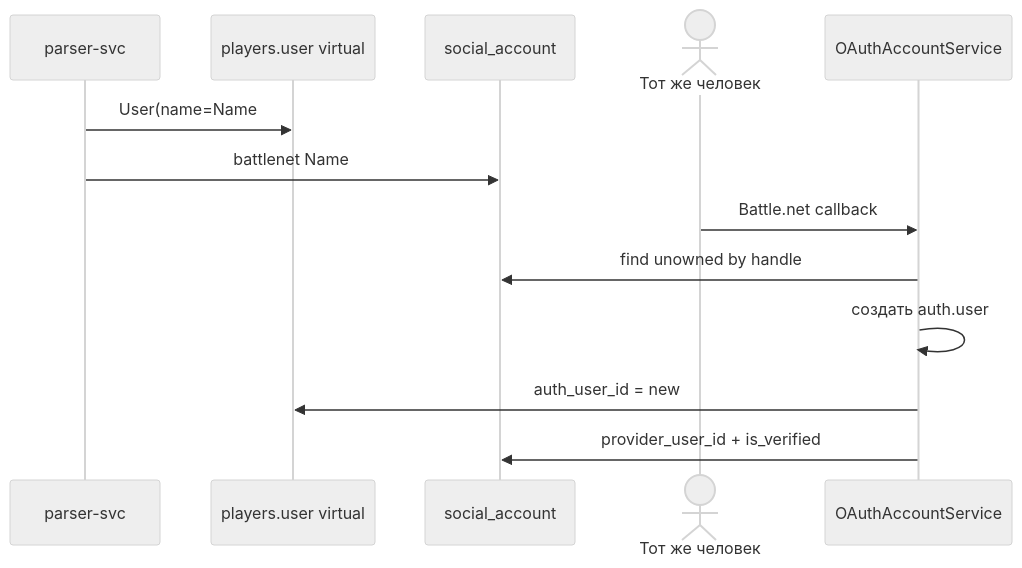
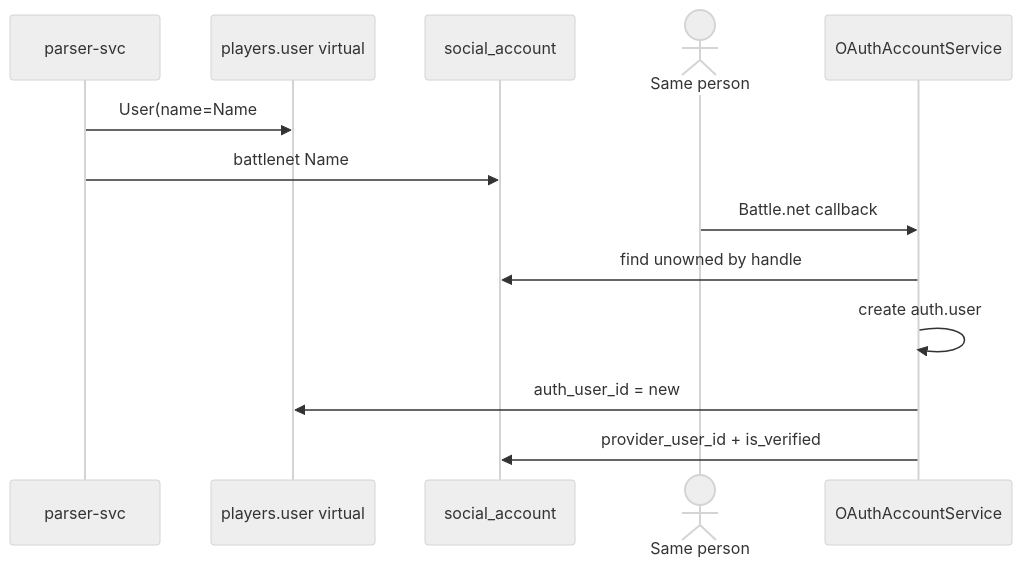
One commit to CraazzzyyFoxx/anak-tournaments changed the fifth of 6 diagrams in docs/users-identity.md. Above: the diagram before and after it, drawn with Mermaid (neutral theme). The commit also changed other lines of this file and 60 other files, not shown here.

````diff
--- a/docs/users-identity.md
+++ b/docs/users-identity.md
@@ -595,16 +594,16 @@
 ```mermaid
 sequenceDiagram
   participant Parser as parser-svc
   participant PU as players.user virtual
   participant SA as social_account
-  actor H as Тот же человек
+  actor H as Same person
   participant OAuth as OAuthAccountService
 
   Parser->>PU: User(name=Name#1234)
   Parser->>SA: battlenet Name#1234 unverified
   H->>OAuth: Battle.net callback
   OAuth->>SA: find unowned by handle
-  OAuth->>OAuth: создать auth.user
+  OAuth->>OAuth: create auth.user
   OAuth->>PU: auth_user_id = new
   OAuth->>SA: provider_user_id + is_verified
 ```
````
